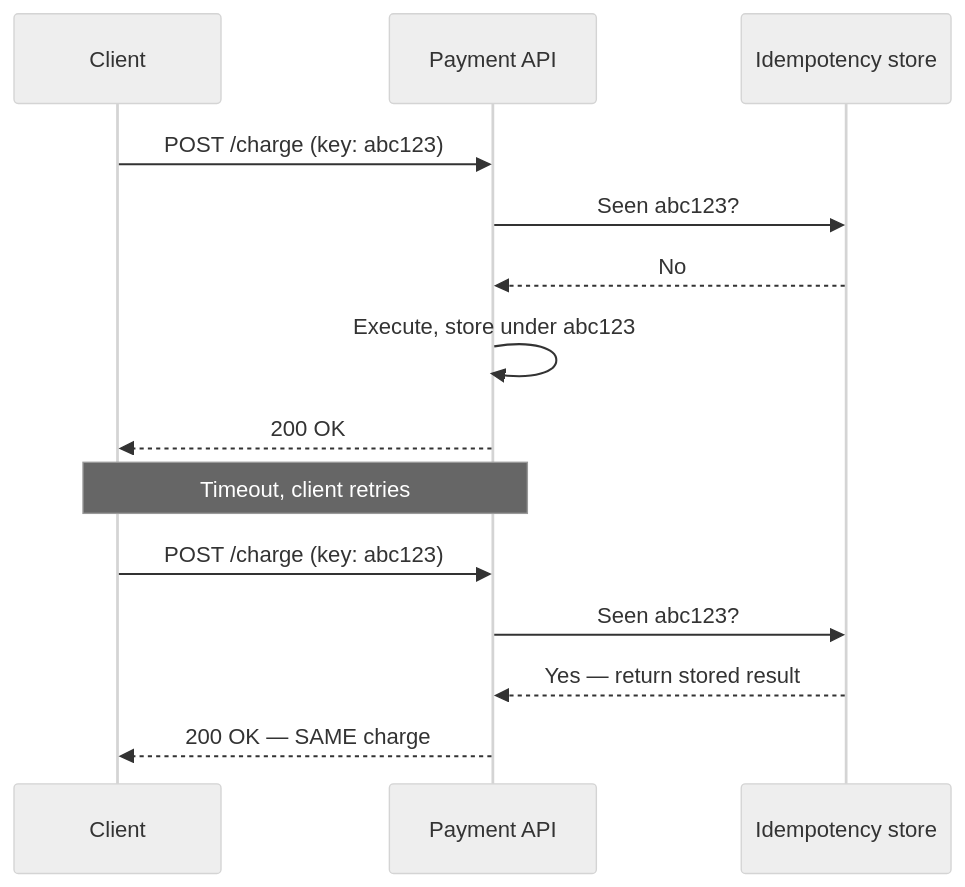
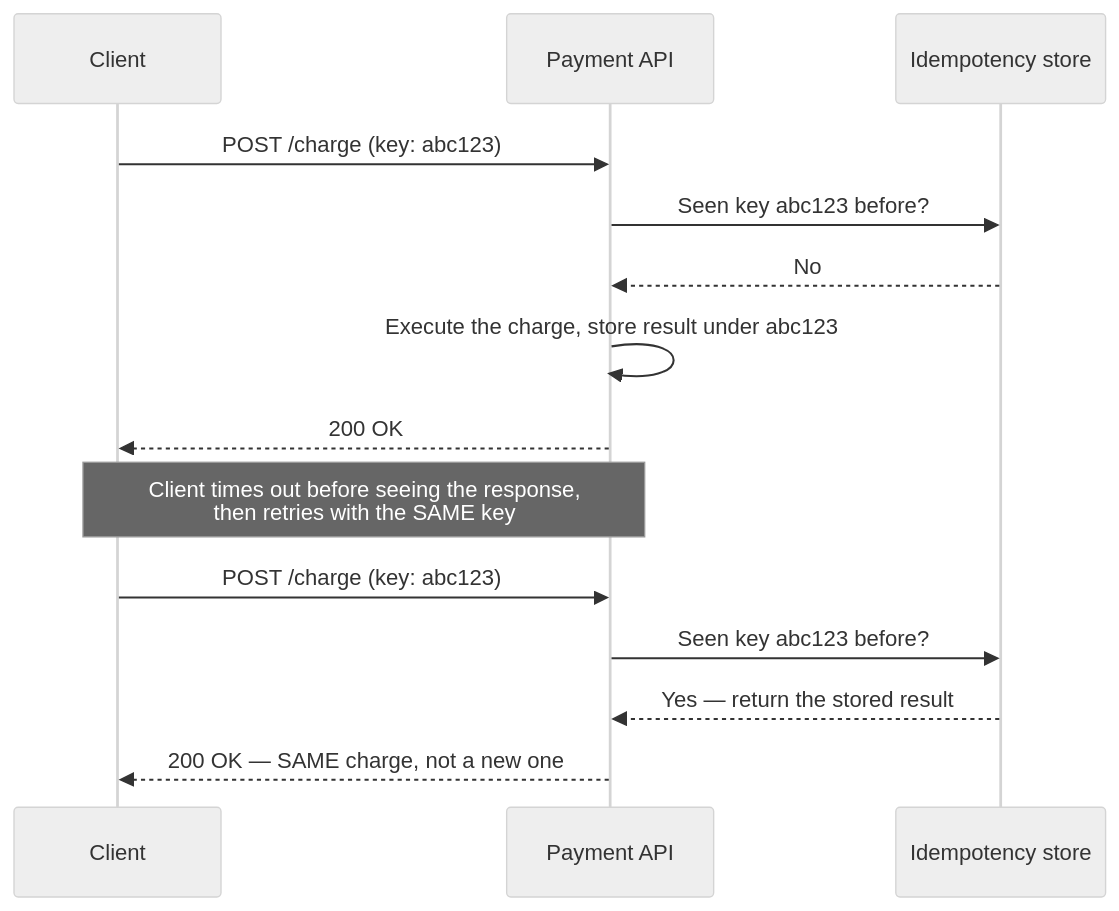
The ninth of 11 diagrams in system-design/HLD/0-course/39-Spectacular-Failures-FAANG-Guide-story.md (riyaz-pasha/Learnings), drawn with Mermaid (neutral theme) before and after one commit. The commit also changed other lines of this file and 1 other file, not shown here.

Commit message:
[REWRITE] Spectacular Failures story guide: simplify prose, add structure, fix diagrams

````diff
--- a/system-design/HLD/0-course/39-Spectacular-Failures-FAANG-Guide-story.md
+++ b/system-design/HLD/0-course/39-Spectacular-Failures-FAANG-Guide-story.md
@@ -365,16 +499,17 @@
 ```mermaid
 sequenceDiagram
     participant Client
     participant API as Payment API
     participant DB as Idempotency store
+
     Client->>API: POST /charge (key: abc123)
-    API->>DB: Seen abc123?
+    API->>DB: Seen key abc123 before?
     DB-->>API: No
-    API->>API: Execute, store under abc123
+    API->>API: Execute the charge, store result under abc123
     API-->>Client: 200 OK
-    Note over Client,API: Timeout, client retries
+    Note over Client,API: Client times out before seeing the response,<br/>then retries with the SAME key
     Client->>API: POST /charge (key: abc123)
-    API->>DB: Seen abc123?
-    DB-->>API: Yes — return stored result
-    API-->>Client: 200 OK — SAME charge
+    API->>DB: Seen key abc123 before?
+    DB-->>API: Yes — return the stored result
+    API-->>Client: 200 OK — SAME charge, not a new one
 ```
````
